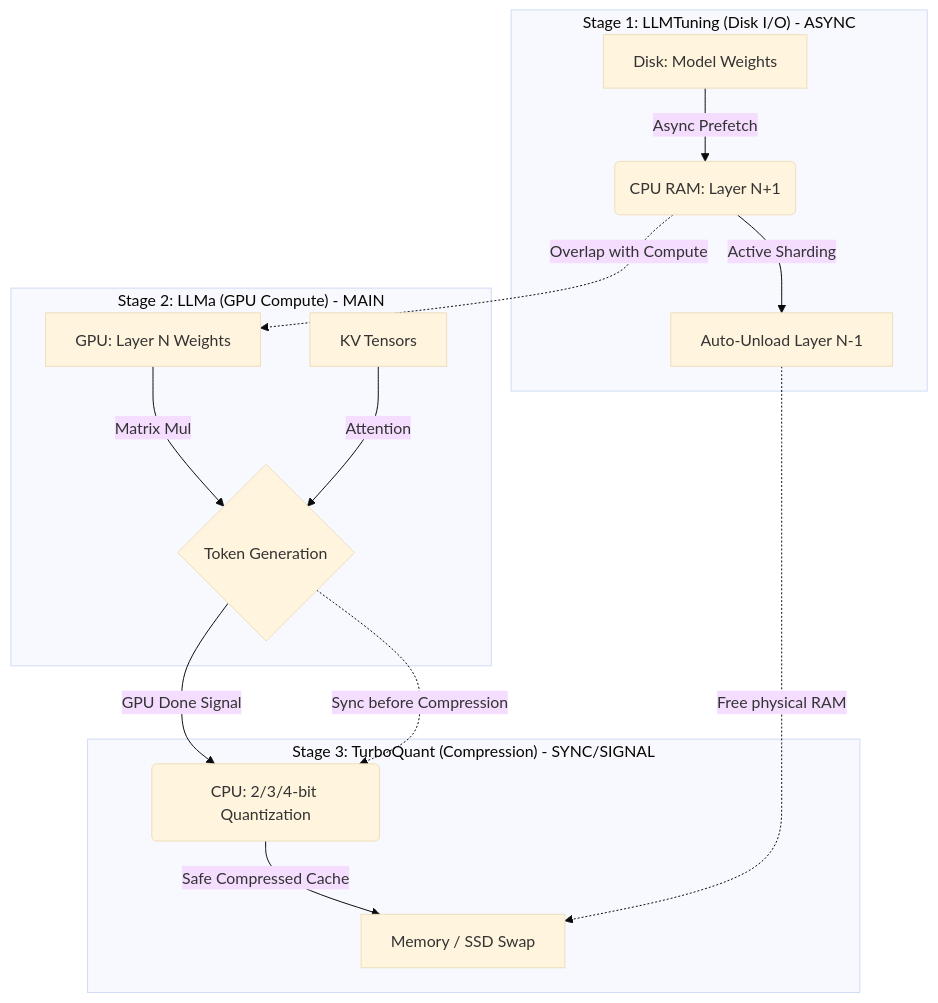
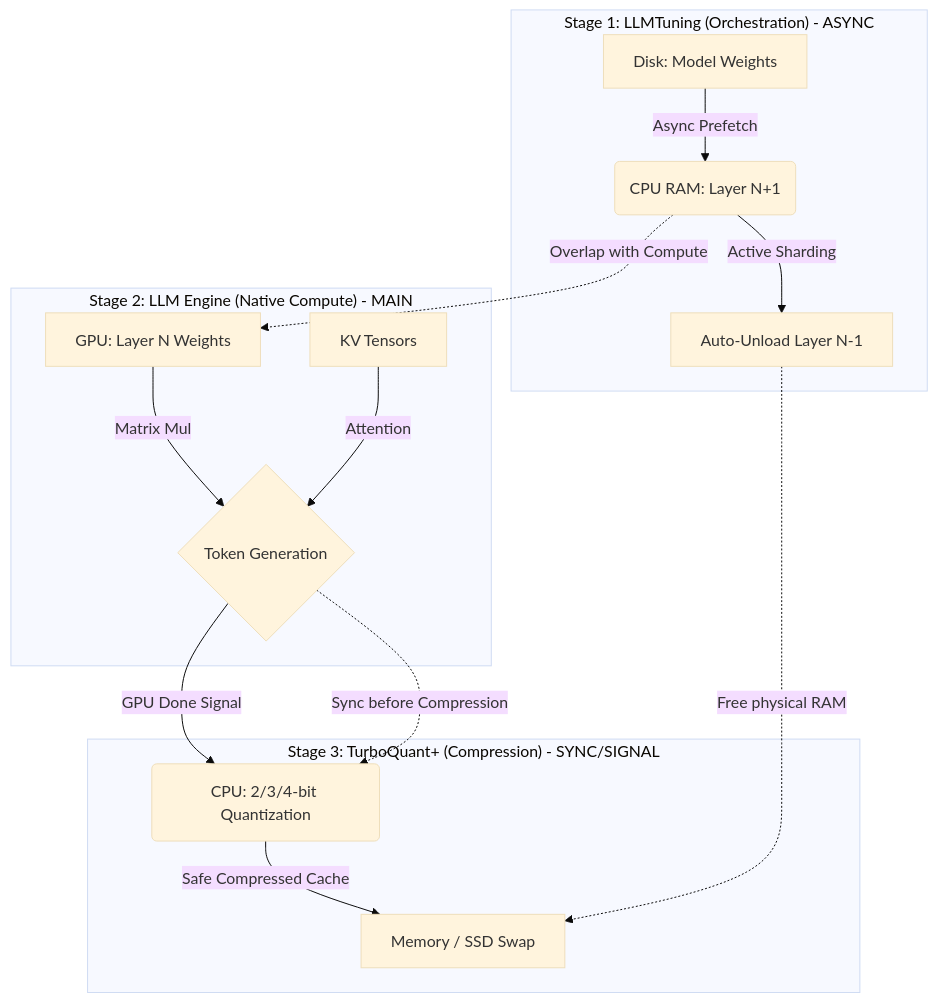
One commit to alicangnll/turboquant_plus changed the diagram in MAP.md. Above: the diagram before and after it, drawn with Mermaid (base theme). The commit also changed other lines of this file and 10 other files, not shown here.

````diff
--- a/MAP.md
+++ b/MAP.md
@@ -9,21 +9,21 @@
 ```mermaid
 graph TD
-    subgraph "Stage 1: LLMTuning (Disk I/O) - ASYNC"
+    subgraph "Stage 1: LLMTuning (Orchestration) - ASYNC"
         A[Disk: Model Weights] -->|Async Prefetch| B(CPU RAM: Layer N+1)
         B -->|Active Sharding| H[Auto-Unload Layer N-1]
     end
 
-    subgraph "Stage 2: LLMa (GPU Compute) - MAIN"
+    subgraph "Stage 2: LLM Engine (Native Compute) - MAIN"
         C[GPU: Layer N Weights] -->|Matrix Mul| D{Token Generation}
         E[KV Tensors] -->|Attention| D
     end
 
-    subgraph "Stage 3: TurboQuant (Compression) - SYNC/SIGNAL"
+    subgraph "Stage 3: TurboQuant+ (Compression) - SYNC/SIGNAL"
         D -->|GPU Done Signal| F(CPU: 2/3/4-bit Quantization)
         F -->|Safe Compressed Cache| G[Memory / SSD Swap]
     end
 
     B -.->|Overlap with Compute| C
     D -.->|Sync before Compression| F
     H -.->|Free physical RAM| G
 ```
````
